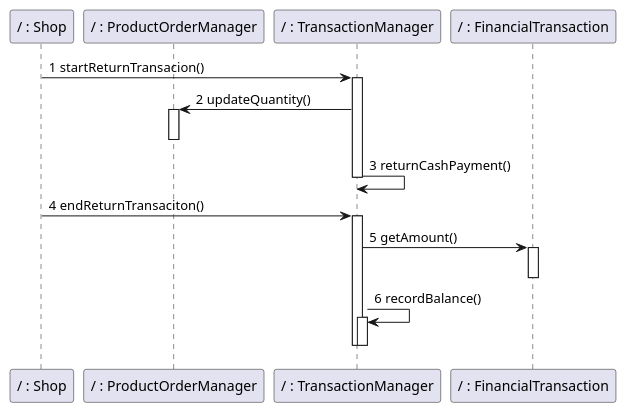
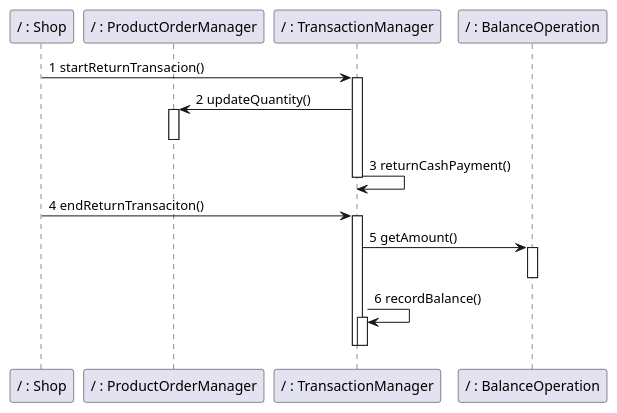
Diagram 15 of 18 in Deliverables/DesignDocument.md (nicolabattaglino/ezshop), drawn with PlantUML before and after one commit. The commit also changed other lines of this file, not shown here.

Commit message:
change finantial to balance operation

````diff
--- a/Deliverables/DesignDocument.md
+++ b/Deliverables/DesignDocument.md
@@ -853,25 +853,25 @@
 ```plantuml
 @startuml
 
 participant "/ : Shop" as Shop
 participant "/ : ProductOrderManager" as ProductOrderManager
 participant "/ : TransactionManager" as TransactionManager
-participant "/ : FinancialTransaction" as FinancialTransaction
+participant "/ : BalanceOperation" as BalanceOperation
 Shop -> TransactionManager:1 startReturnTransacion()
 activate TransactionManager
 TransactionManager -> ProductOrderManager:2 updateQuantity()
 activate ProductOrderManager
 deactivate ProductOrderManager
 TransactionManager -> TransactionManager:3 returnCashPayment()
 deactivate TransactionManager 
 Shop -> TransactionManager:4 endReturnTransaciton()
 activate TransactionManager
-TransactionManager-> FinancialTransaction:5 getAmount()
-activate FinancialTransaction
-deactivate FinancialTransaction
+TransactionManager-> BalanceOperation:5 getAmount()
+activate BalanceOperation
+deactivate BalanceOperation
 TransactionManager -> TransactionManager:6 recordBalance() 
 activate TransactionManager
 deactivate TransactionManager
 deactivate TransactionManager 
 @enduml
 ```
````
